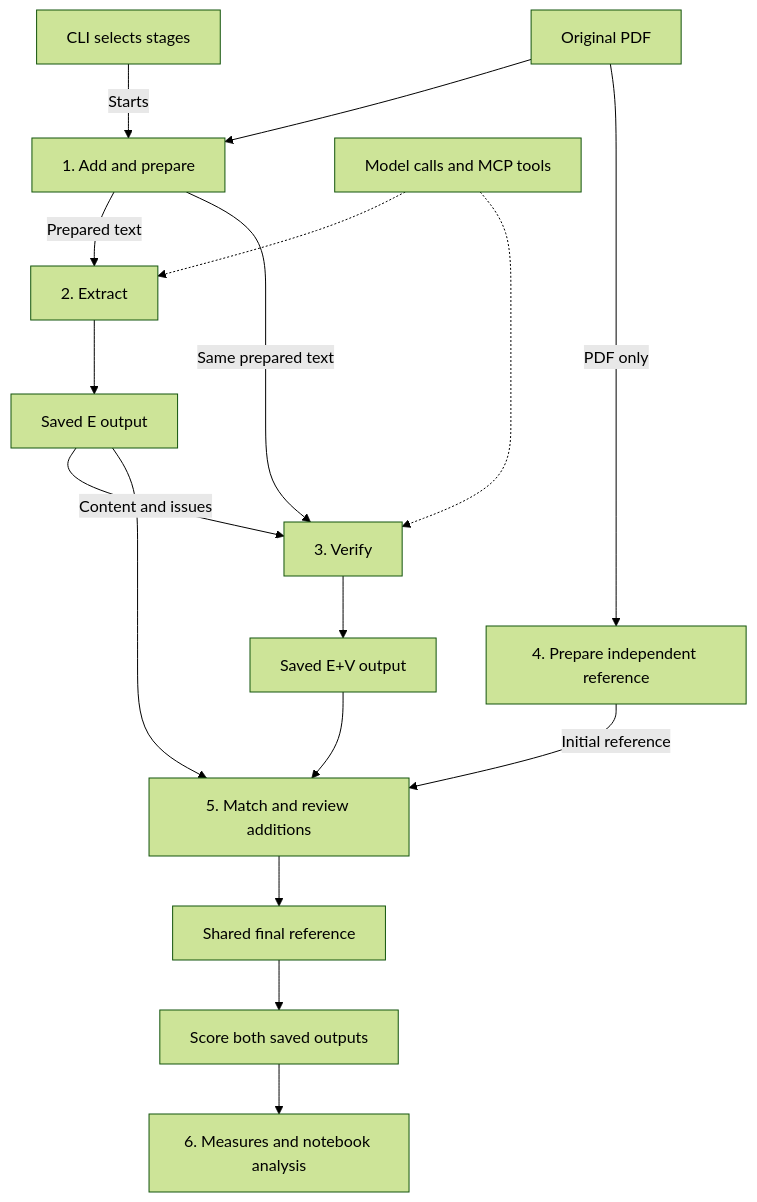
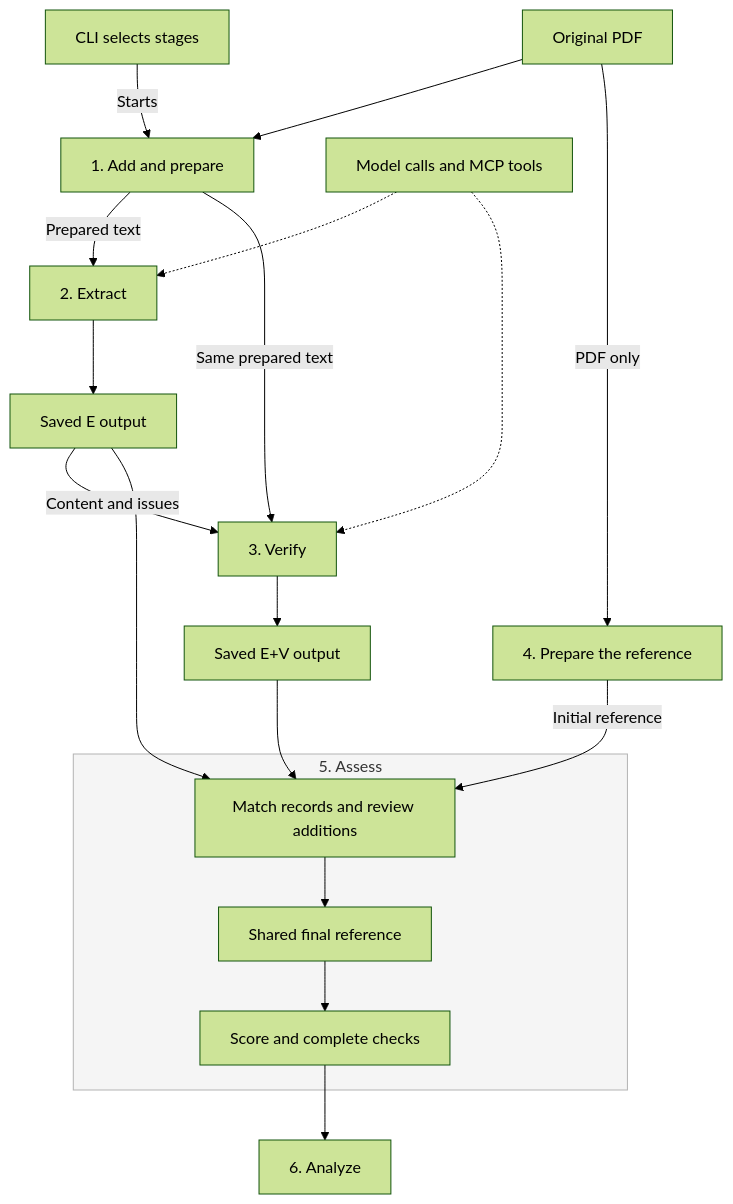
The diagram in DESIGN.md (nabigac/heat_adaptation_llm_dataset), drawn with Mermaid (forest theme) before and after one commit. The commit also changed other lines of this file, not shown here.

````diff
--- a/DESIGN.md
+++ b/DESIGN.md
@@ -146,19 +148,22 @@
 ```mermaid
 flowchart TD
     cli["CLI selects stages"] -->|"Starts"| prepare["1. Add and prepare"]
     pdf["Original PDF"] --> prepare
     prepare -->|"Prepared text"| extract["2. Extract"]
     prepare -->|"Same prepared text"| verify["3. Verify"]
     extract --> eOutput["Saved E output"]
     eOutput -->|"Content and issues"| verify
     verify --> evOutput["Saved E+V output"]
-    pdf -->|"PDF only"| reference["4. Prepare independent reference"]
-    reference -->|"Initial reference"| assessment["5. Match and review additions"]
-    eOutput --> assessment
-    evOutput --> assessment
-    assessment --> finalReference["Shared final reference"]
-    finalReference --> scoring["Score both saved outputs"]
-    scoring --> analysis["6. Measures and notebook analysis"]
+    pdf -->|"PDF only"| reference["4. Prepare the reference"]
+    reference -->|"Initial reference"| matchRecords
+    eOutput --> matchRecords
+    evOutput --> matchRecords
+    subgraph assess["5. Assess"]
+        matchRecords["Match records and review additions"] --> finalReference["Shared final reference"]
+        finalReference --> scoring["Score and complete checks"]
+    end
+    scoring --> analysis["6. Analyze"]
     sharedSupport["Model calls and MCP tools"] -.-> extract
     sharedSupport -.-> verify
+    style assess fill:#F5F5F5,stroke:#B3B3B3
 ```
````
